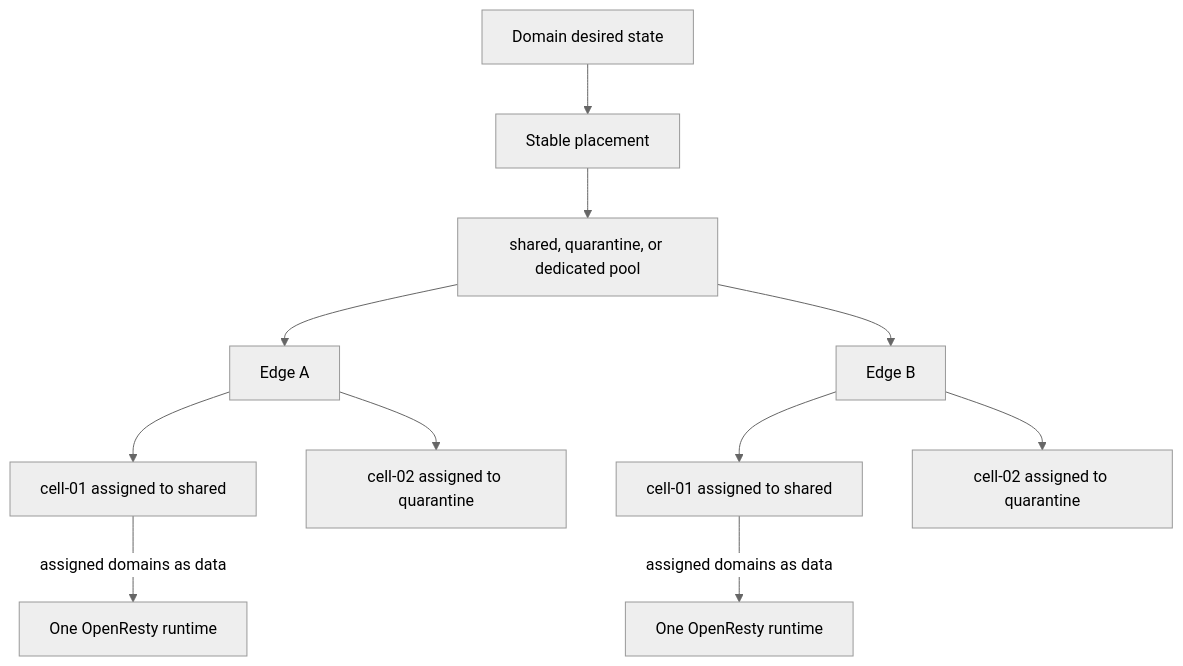
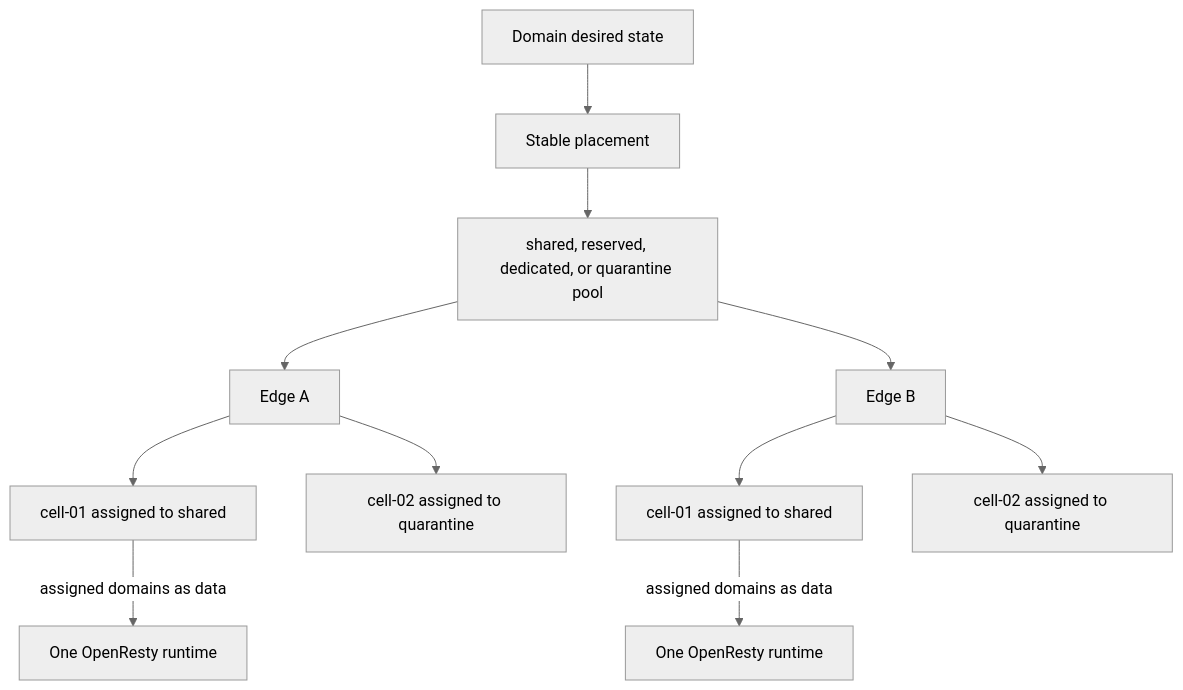
The diagram in docs/concepts/edges-and-cells.md (vaheed/CDNFoundry), drawn with Mermaid (neutral theme) before and after one commit. The commit also changed other lines of this file and 36 other files, not shown here.

````diff
--- a/docs/concepts/edges-and-cells.md
+++ b/docs/concepts/edges-and-cells.md
@@ -8,13 +8,13 @@
 ```mermaid
 flowchart TB
     Domain["Domain desired state"] --> Placement["Stable placement"]
-    Placement --> Pool["shared, quarantine, or dedicated pool"]
+    Placement --> Pool["shared, reserved, dedicated, or quarantine pool"]
     Pool --> EdgeA["Edge A"]
     Pool --> EdgeB["Edge B"]
     EdgeA --> SharedA["cell-01 assigned to shared"]
     EdgeA --> QuarantineA["cell-02 assigned to quarantine"]
     EdgeB --> SharedB["cell-01 assigned to shared"]
     EdgeB --> QuarantineB["cell-02 assigned to quarantine"]
     SharedA -->|"assigned domains as data"| RuntimeA["One OpenResty runtime"]
     SharedB -->|"assigned domains as data"| RuntimeB["One OpenResty runtime"]
 ```
````
